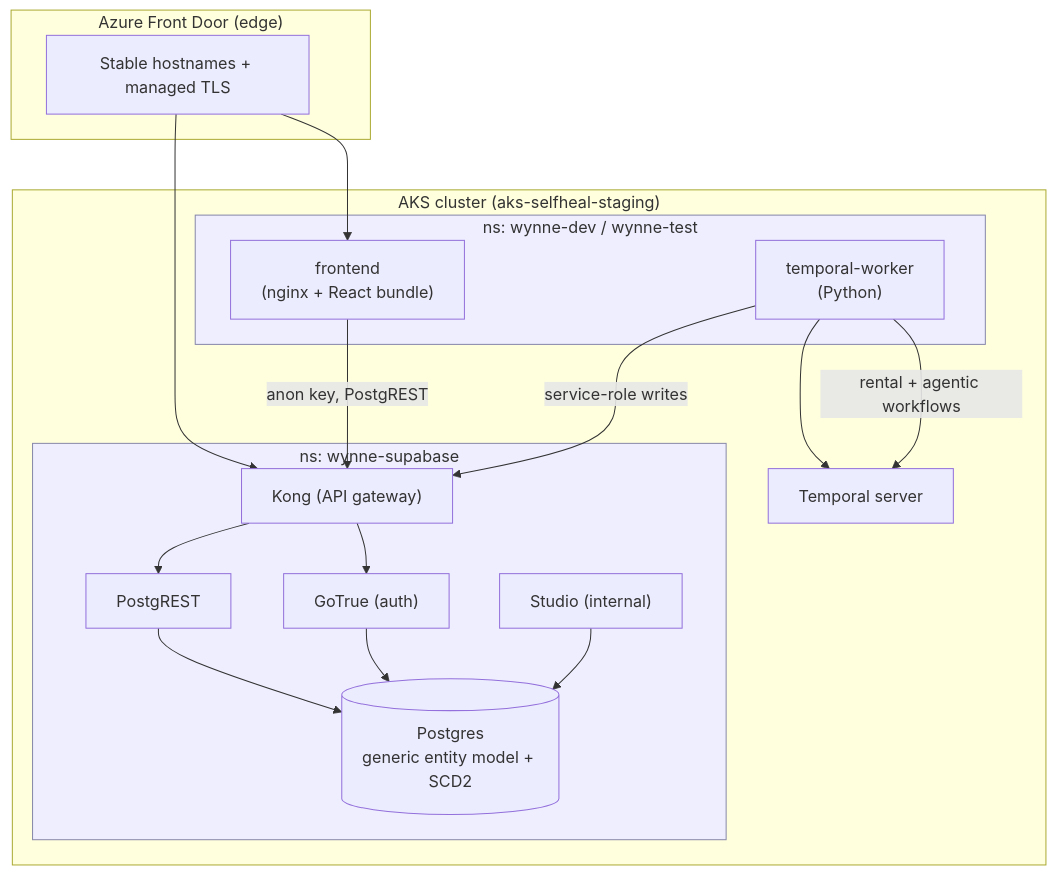
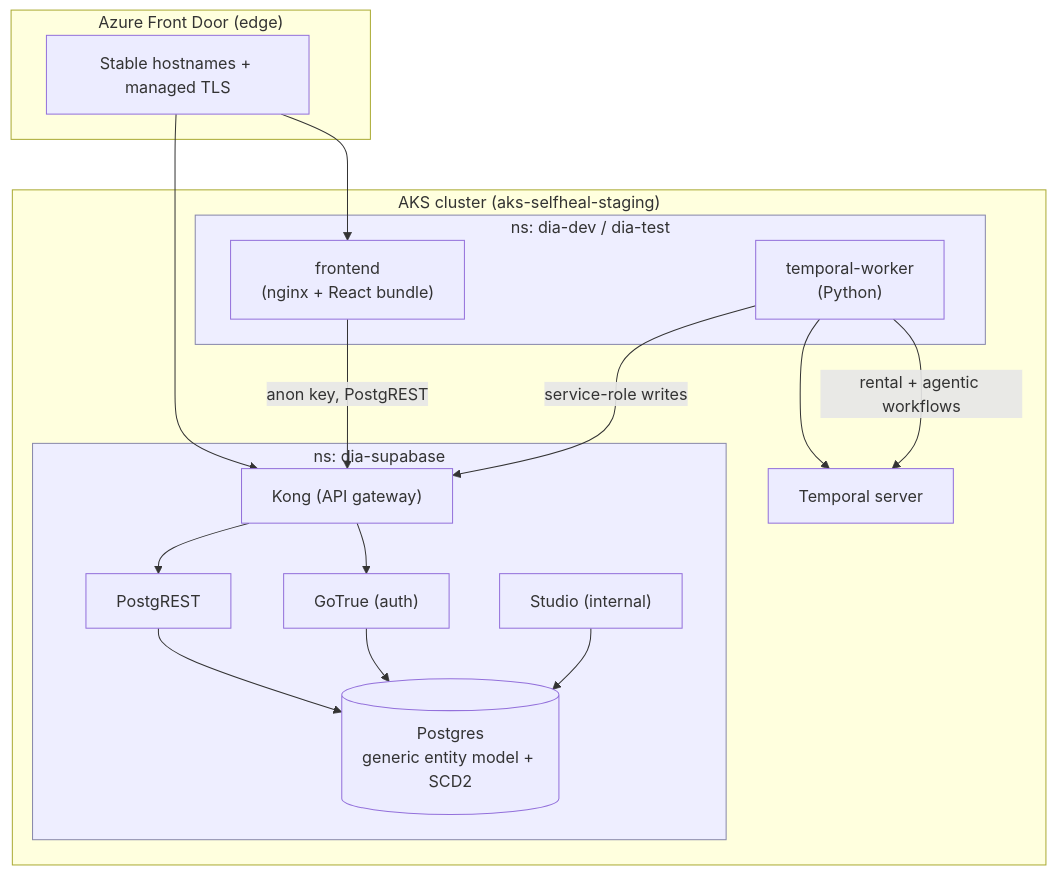
One commit to rodrigoreisdealernet/dealernet-agents changed the third of 4 diagrams in docs/architecture/README.md. Above: the diagram before and after it, drawn with Mermaid. The commit also changed other lines of this file and 363 other files, not shown here.

First line of the commit message:
rebrand: Wynne -> DIA (Dealernet Intelligence Agents); drop lvl-3/level-3-v2

````diff
--- a/docs/architecture/README.md
+++ b/docs/architecture/README.md
@@ -79,34 +79,34 @@
 ```mermaid
 flowchart TB
     subgraph edge["Azure Front Door (edge)"]
         fd["Stable hostnames + managed TLS"]
     end
 
     subgraph aks["AKS cluster (aks-selfheal-staging)"]
-        subgraph nsapp["ns: wynne-dev / wynne-test"]
+        subgraph nsapp["ns: dia-dev / dia-test"]
             fe["frontend<br/>(nginx + React bundle)"]
             worker["temporal-worker<br/>(Python)"]
         end
-        subgraph nssb["ns: wynne-supabase"]
+        subgraph nssb["ns: dia-supabase"]
             kong["Kong (API gateway)"]
             rest["PostgREST"]
             auth["GoTrue (auth)"]
             studio["Studio (internal)"]
             pg[("Postgres<br/>generic entity model + SCD2")]
             kong --> rest --> pg
             kong --> auth --> pg
             studio --> pg
         end
         temporal["Temporal server"]
         worker --> temporal
     end
 
     fd --> fe
     fd --> kong
     fe -->|anon key, PostgREST| kong
     worker -->|service-role writes| kong
     worker -->|rental + agentic workflows| temporal
 
     classDef ns fill:#eef,stroke:#88a;
     class nsapp,nssb ns;
 ```
````
